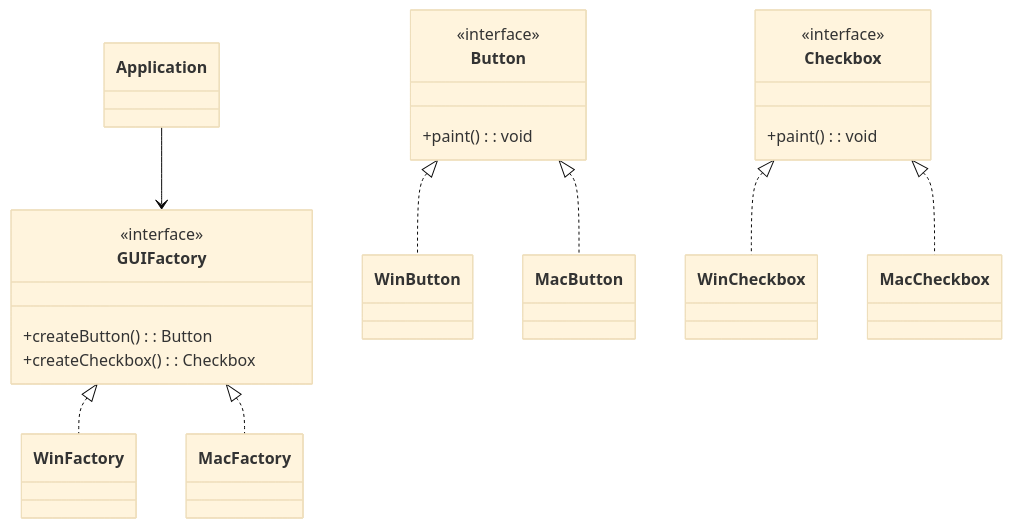
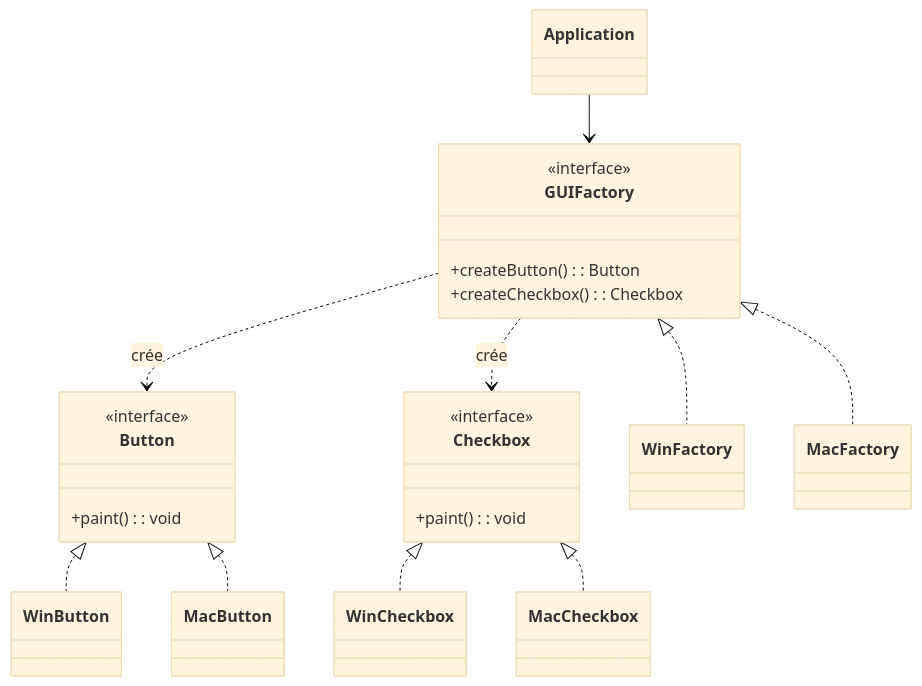
One commit to ophenix-maisonneuve/420-930-ma-site-web changed the diagram in _notes/patterns/creation/pattern-abstract-factory.md. Above: the diagram before and after it, drawn with Mermaid (base theme).

Commit message:
corrections mineures diagramme classes abstract factory

````diff
--- a/_notes/patterns/creation/pattern-abstract-factory.md
+++ b/_notes/patterns/creation/pattern-abstract-factory.md
@@ -32,23 +32,26 @@
 ```mermaid
 classDiagram
 class GUIFactory {
   <<interface>>
   +createButton(): Button
   +createCheckbox(): Checkbox
 }
-GUIFactory <|.. WinFactory
-GUIFactory <|.. MacFactory
 class Button {
   <<interface>>
   +paint(): void
 }
 class Checkbox {
   <<interface>>
   +paint(): void
 }
+
+GUIFactory <|.. WinFactory
+GUIFactory <|.. MacFactory
+GUIFactory ..> Button : crée
+GUIFactory ..> Checkbox : crée
 Button <|.. WinButton
 Button <|.. MacButton
 Checkbox <|.. WinCheckbox
 Checkbox <|.. MacCheckbox
 Application --> GUIFactory
 ```
````
